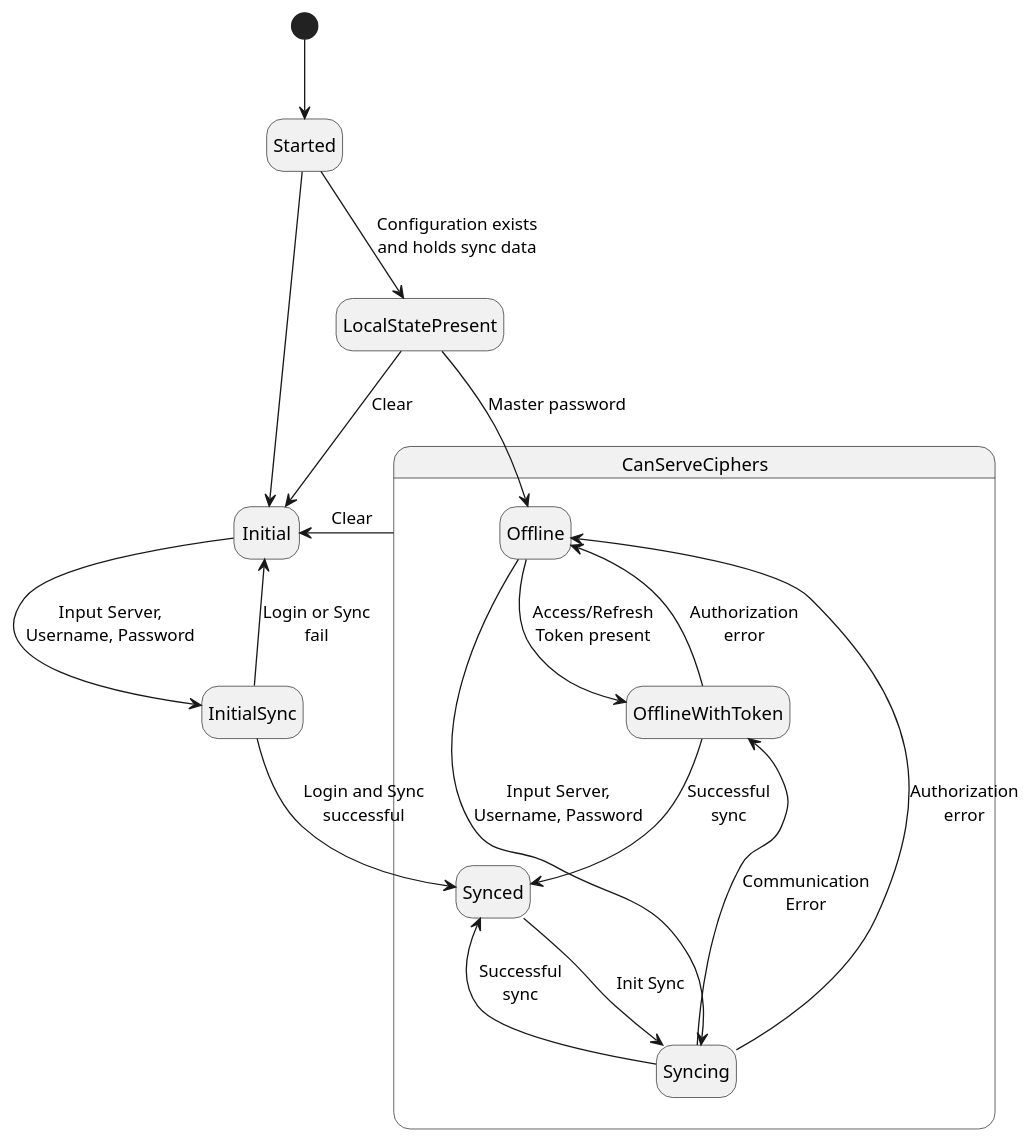
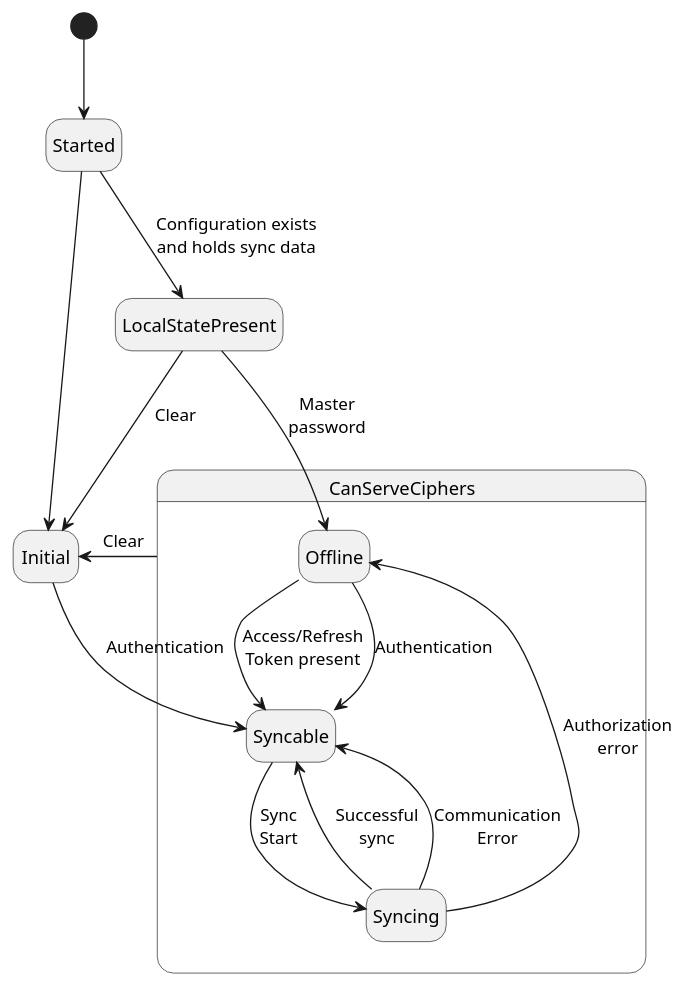
Before and after one commit to matthiasblaesing/bitwardenagent: the diagram in src/main/site/BitwardenClientStates.puml, drawn with PlantUML. The commit also changed 6 other files, not shown here.

```diff
--- a/src/main/site/BitwardenClientStates.puml
+++ b/src/main/site/BitwardenClientStates.puml
@@ -1,30 +1,25 @@
 @startuml
 
 hide empty description
 
 state CanServeCiphers {
     state Offline
-    state OfflineWithToken
+    state Syncable
     state Syncing
-    state Synced
 }
 
 [*] --> Started
 Started --> LocalStatePresent : Configuration exists\nand holds sync data
-LocalStatePresent --> Offline : Master password
+LocalStatePresent --> Offline : Master\npassword
 LocalStatePresent --> Initial : Clear
 Started --> Initial
-Initial --> InitialSync : Input Server,\nUsername, Password
-Offline --> OfflineWithToken : Access/Refresh\nToken present
-OfflineWithToken --> Synced : Successful\nsync
-OfflineWithToken --> Offline : Authorization\nerror
-InitialSync --> Synced : Login and Sync\nsuccessful
-InitialSync --> Initial :  Login or Sync\nfail
-Offline --> Syncing : Input Server,\nUsername, Password
+Initial --> Syncable : Authentication
+Offline --> Syncable : Access/Refresh\nToken present
+Offline --> Syncable : Authentication
 Syncing --> Offline : Authorization\nerror
-Syncing --> Synced : Successful\nsync
-Syncing --> OfflineWithToken : Communication\nError
-Synced --> Syncing : Init Sync
+Syncing --> Syncable : Successful\nsync
+Syncing --> Syncable : Communication\nError
+Syncable --> Syncing : Sync\nStart
 CanServeCiphers -r-> Initial : Clear
 
 @enduml
```
